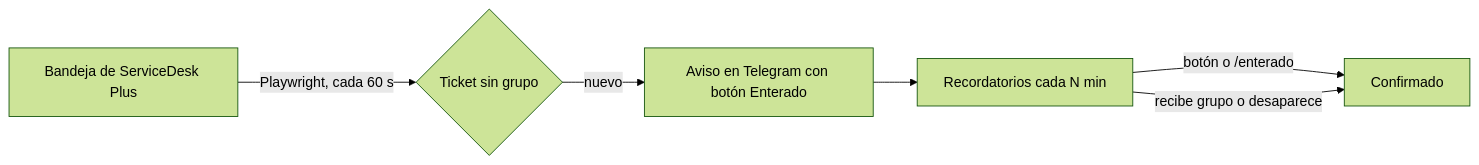
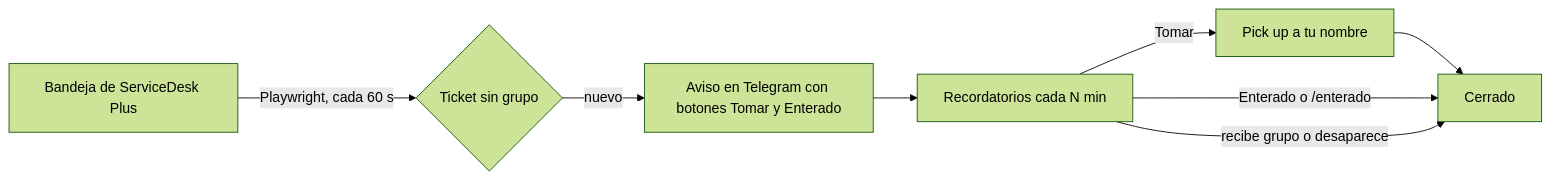
Before and after one commit to MickSenpai/autum: the diagram in README.md, drawn with Mermaid (forest theme). The commit also changed other lines of this file and 4 other files, not shown here.

First line of the commit message:
Add Telegram pick up button and persistent reminders

````diff
--- a/README.md
+++ b/README.md
@@ -17,8 +18,10 @@
 ```mermaid
 flowchart LR
   A["Bandeja de ServiceDesk Plus"] -->|"Playwright, cada 60 s"| B{"Ticket sin grupo"}
-  B -->|"nuevo"| C["Aviso en Telegram con botón Enterado"]
+  B -->|"nuevo"| C["Aviso en Telegram con botones Tomar y Enterado"]
   C --> D["Recordatorios cada N min"]
-  D -->|"botón o /enterado"| E["Confirmado"]
+  D -->|"Tomar"| F["Pick up a tu nombre"]
+  F --> E["Cerrado"]
+  D -->|"Enterado o /enterado"| E
   D -->|"recibe grupo o desaparece"| E
 ```
````
